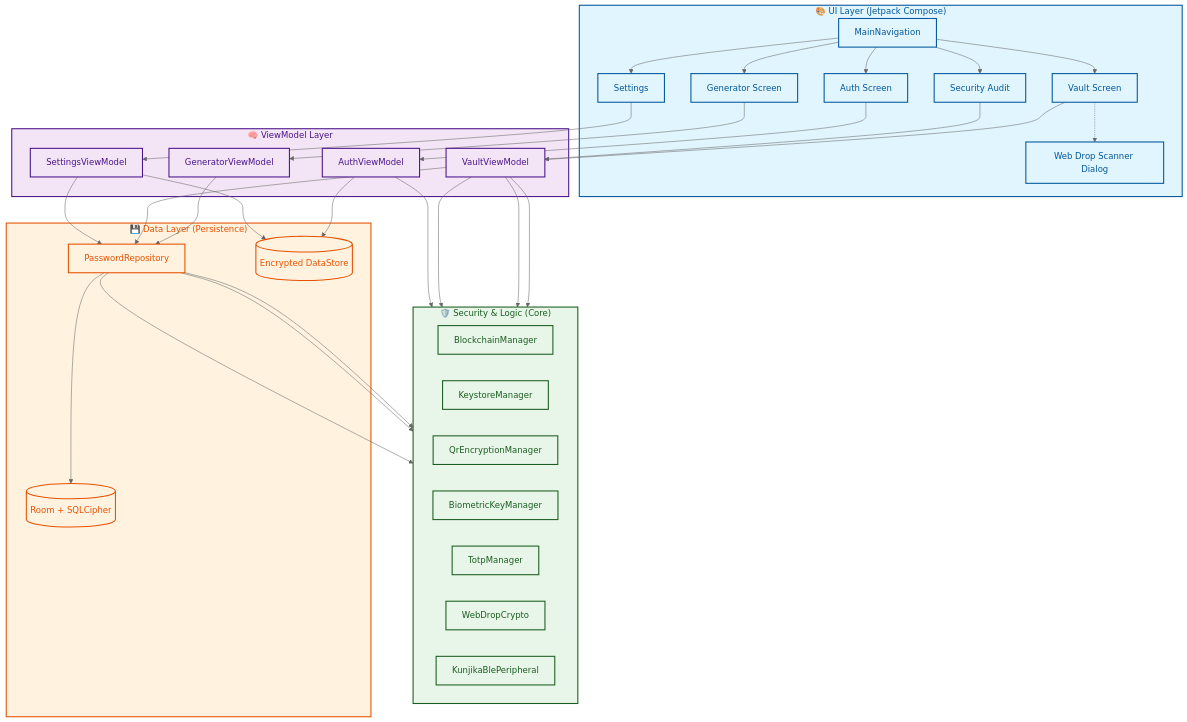
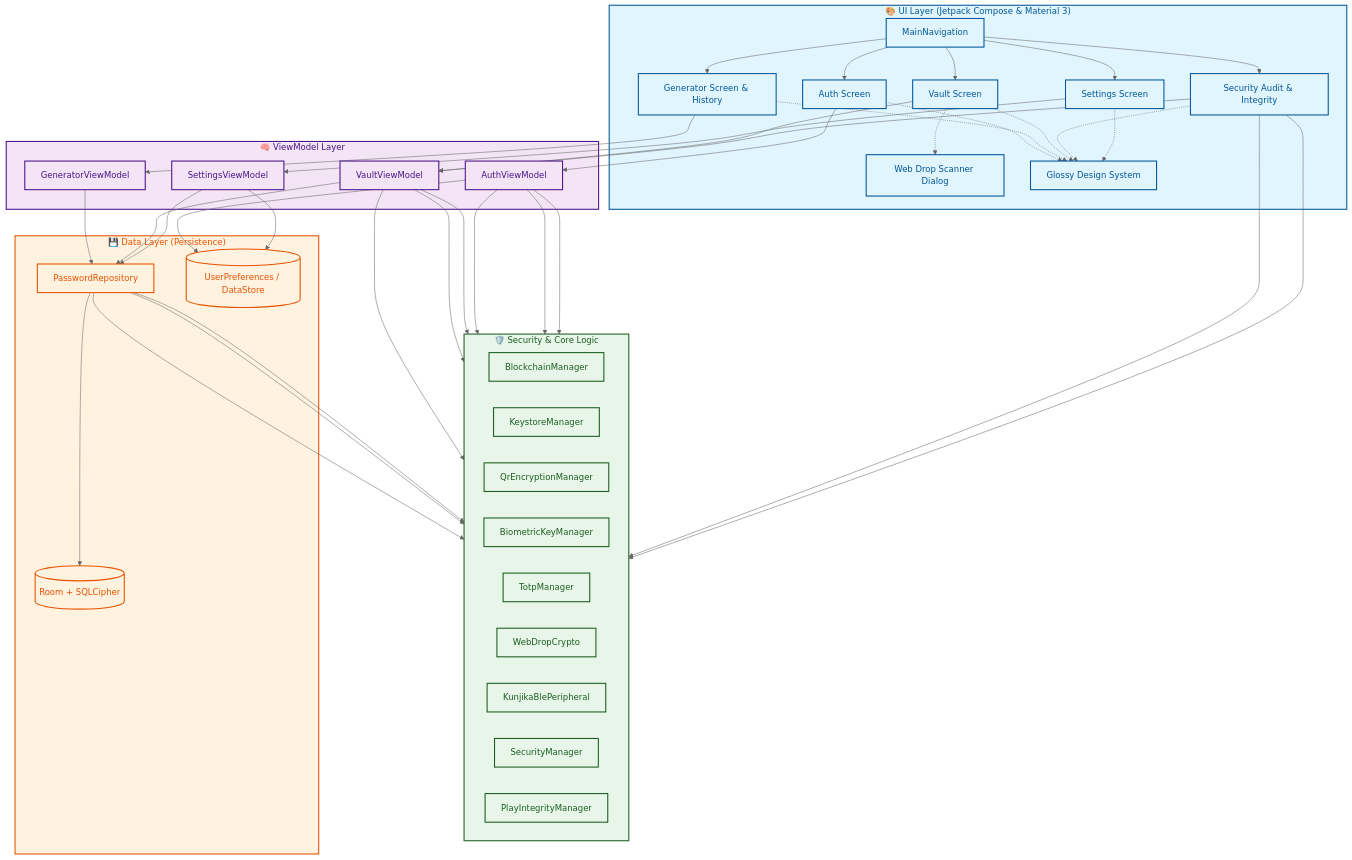
Before and after one commit to dwinsi/kunjika: the first of 2 diagrams in docs/architecture.md, drawn with Mermaid (neutral theme). The commit also changed other lines of this file and 17 other files, not shown here.

Commit message:
feat: release v1.1.2 featuring luxury UI polish, TOTP generation, environmental security hardening, and scanner resource cleanup

````diff
--- a/docs/architecture.md
+++ b/docs/architecture.md
@@ -9,66 +11,71 @@
 ```mermaid
 graph TB
     %% Definitions
-    subgraph UI ["🎨 UI Layer (Jetpack Compose)"]
+    subgraph UI ["🎨 UI Layer (Jetpack Compose & Material 3)"]
         Nav[MainNavigation]
         Auth[Auth Screen]
-        Gen[Generator Screen]
+        Gen[Generator Screen & History]
         Vault[Vault Screen]
-        Audit[Security Audit]
-        Settings[Settings]
+        Audit[Security Audit & Integrity]
+        Settings[Settings Screen]
         WebDrop[Web Drop Scanner Dialog]
+        Glossy[Glossy Design System]
     end
 
     subgraph VM ["🧠 ViewModel Layer"]
         AVM[AuthViewModel]
         GVM[GeneratorViewModel]
         VVM[VaultViewModel]
         SVM[SettingsViewModel]
     end
 
-    subgraph Domain ["🛡️ Security & Logic (Core)"]
+    subgraph Domain ["🛡️ Security & Core Logic"]
         direction LR
         BC[BlockchainManager]
         KE[KeystoreManager]
         QR[QrEncryptionManager]
         BK[BiometricKeyManager]
         TOTP[TotpManager]
         WDC[WebDropCrypto]
         BLE[KunjikaBlePeripheral]
+        SEC[SecurityManager]
+        PIM[PlayIntegrityManager]
     end
 
     subgraph Data ["💾 Data Layer (Persistence)"]
         Repo[PasswordRepository]
         Room[(Room + SQLCipher)]
-        DS[(Encrypted DataStore)]
+        DS[(UserPreferences / DataStore)]
     end
 
     %% Connections
     Nav --> Auth & Gen & Vault & Audit & Settings
+    Auth & Gen & Vault & Audit & Settings -.-> Glossy
     Auth --> AVM
     Gen --> GVM
     Vault --> VVM
     Audit --> VVM
     Settings --> SVM
     Vault -.-> WebDrop
 
     GVM & VVM & SVM --> Repo
     AVM & SVM --> DS
     
     Repo --> BC & KE & TOTP
     Repo --> Room
     
     VVM --> QR & WDC & BLE
-    AVM --> BK
+    AVM --> BK & SEC & PIM
+    Audit --> SEC & PIM
 
     %% Styling
     classDef ui fill:#e1f5fe,stroke:#01579b,stroke-width:2px,color:#01579b;
     classDef vm fill:#f3e5f5,stroke:#4a148c,stroke-width:2px,color:#4a148c;
     classDef core fill:#e8f5e9,stroke:#1b5e20,stroke-width:2px,color:#1b5e20;
     classDef data fill:#fff3e0,stroke:#e65100,stroke-width:2px,color:#e65100;
 
-    class UI,Nav,Auth,Gen,Vault,Audit,Settings,WebDrop ui;
+    class UI,Nav,Auth,Gen,Vault,Audit,Settings,WebDrop,Glossy ui;
     class VM,AVM,GVM,VVM,SVM vm;
-    class Domain,BC,KE,QR,BK,TOTP,WDC,BLE core;
+    class Domain,BC,KE,QR,BK,TOTP,WDC,BLE,SEC,PIM core;
     class Data,Repo,Room,DS data;
 ```
````
